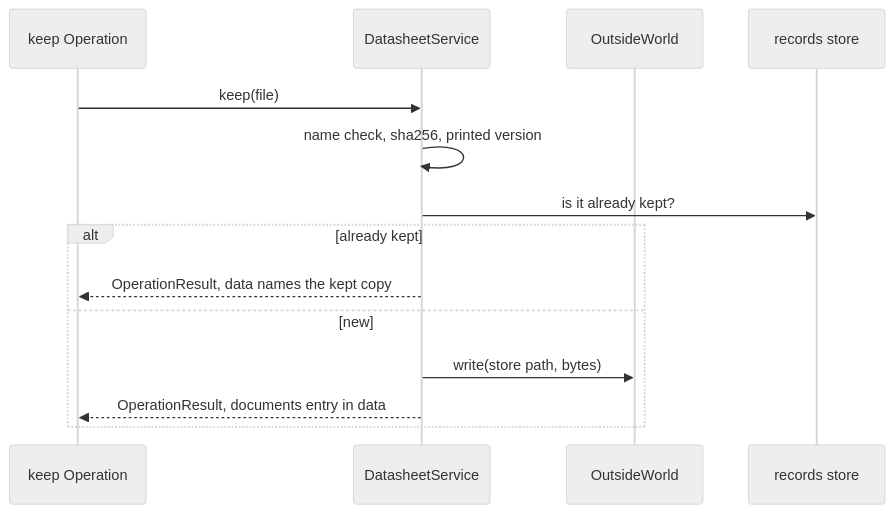
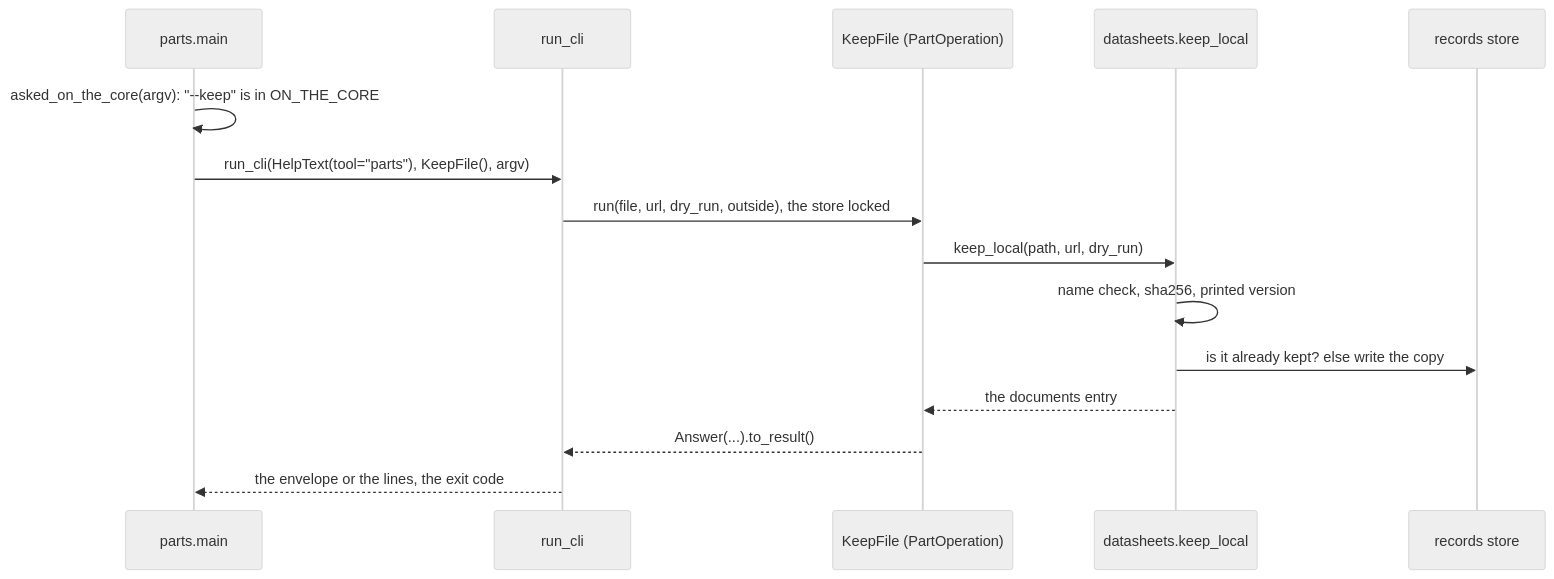
One commit to xmejkal/spark changed the second of 2 diagrams in docs/discovery/2026-10-19-p323-target-architecture/architecture/areas/sourcing.md. Above: the diagram before and after it, drawn with Mermaid (neutral theme). The commit also changed other lines of this file and 60 other files, not shown here.

````diff
--- a/docs/discovery/2026-10-19-p323-target-architecture/architecture/areas/sourcing.md
+++ b/docs/discovery/2026-10-19-p323-target-architecture/architecture/areas/sourcing.md
@@ -111,16 +128,17 @@
 ```mermaid
 sequenceDiagram
-  participant OP as keep Operation
-  participant DS as DatasheetService
-  participant OW as OutsideWorld
+  participant P as parts.main
+  participant C as run_cli
+  participant OP as KeepFile (PartOperation)
+  participant DS as datasheets.keep_local
   participant ST as records store
-  OP->>DS: keep(file)
+  P->>P: asked_on_the_core(argv): "--keep" is in ON_THE_CORE
+  P->>C: run_cli(HelpText(tool="parts"), KeepFile(), argv)
+  C->>OP: run(file, url, dry_run, outside), the store locked
+  OP->>DS: keep_local(path, url, dry_run)
   DS->>DS: name check, sha256, printed version
-  DS->>ST: is it already kept?
-  alt already kept
-    DS-->>OP: OperationResult, data names the kept copy
-  else new
-    DS->>OW: write(store path, bytes)
-    DS-->>OP: OperationResult, documents entry in data
-  end
+  DS->>ST: is it already kept? else write the copy
+  DS-->>OP: the documents entry
+  OP-->>C: Answer(...).to_result()
+  C-->>P: the envelope or the lines, the exit code
 ```
````
